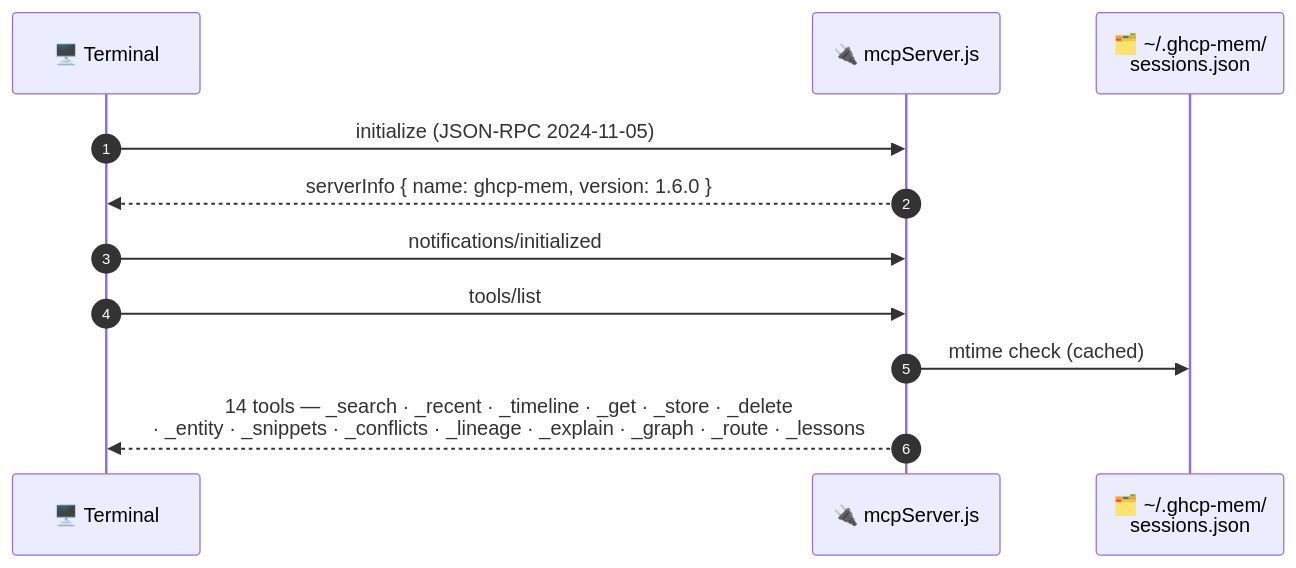
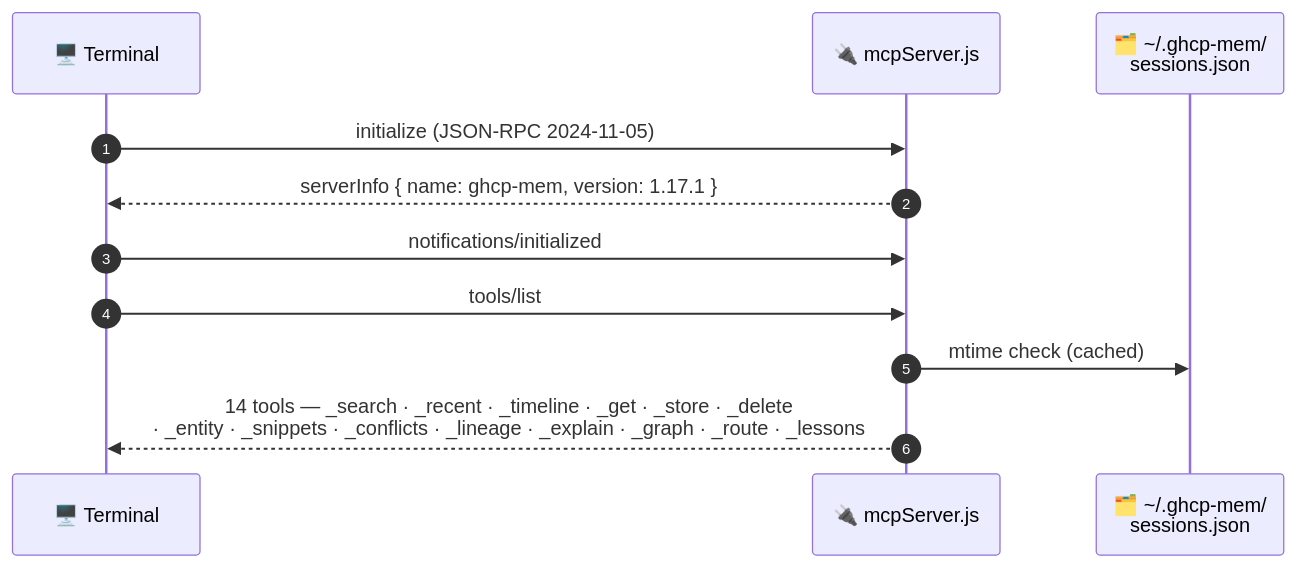
One commit to ITcredibl/ghcp-mem changed the fifth of 5 diagrams in docs/DEMO.md. Above: the diagram before and after it, drawn with Mermaid. The commit also changed 1 other file, not shown here.

Commit message:
docs: bump stale present-tense version stamps to v1.17.1
Threat model status line (v1.6.0 -> v1.17.1, June -> September 2026) and the DEMO.md MCP serverInfo example (version 1.6.0 -> 1.17.1, which is what the server actually reports from package.json). Historical CHANGELOG/README release entries left intact.

````diff
--- a/docs/DEMO.md
+++ b/docs/DEMO.md
@@ -235,13 +235,13 @@
 ```mermaid
 sequenceDiagram
     autonumber
     participant CLI as 🖥️ Terminal
     participant MCP as 🔌 mcpServer.js
     participant STORE as 🗂️ ~/.ghcp-mem/<br/>sessions.json
     CLI->>MCP: initialize (JSON-RPC 2024-11-05)
-    MCP-->>CLI: serverInfo { name: ghcp-mem, version: 1.6.0 }
+    MCP-->>CLI: serverInfo { name: ghcp-mem, version: 1.17.1 }
     CLI->>MCP: notifications/initialized
     CLI->>MCP: tools/list
     MCP->>STORE: mtime check (cached)
     MCP-->>CLI: 14 tools — _search · _recent · _timeline · _get · _store · _delete<br/>· _entity · _snippets · _conflicts · _lineage · _explain · _graph · _route · _lessons
 ```
````
